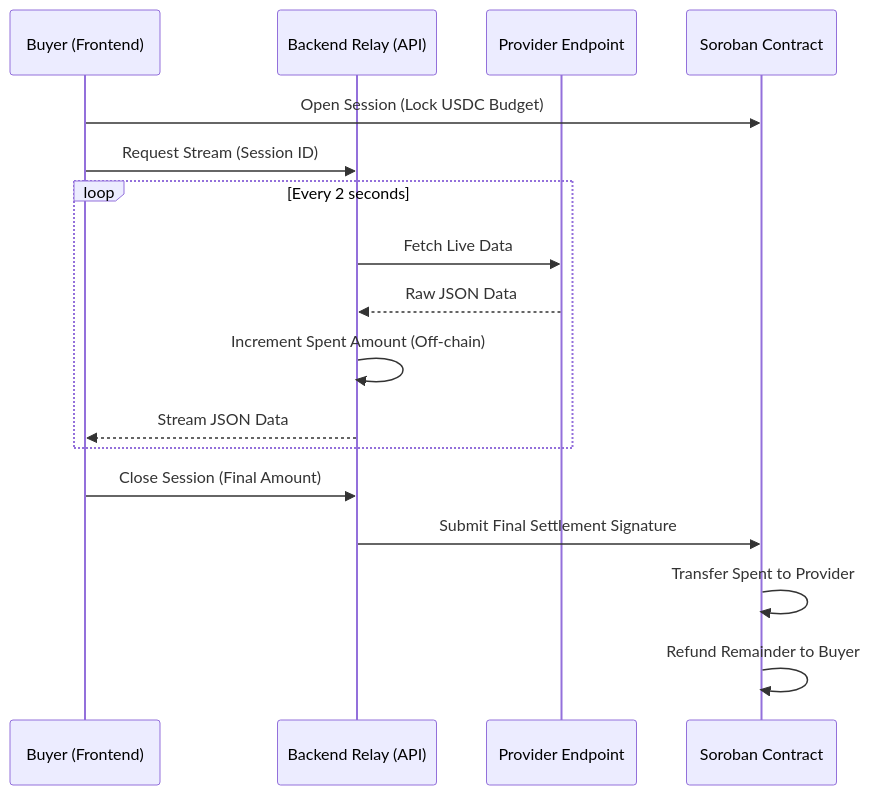
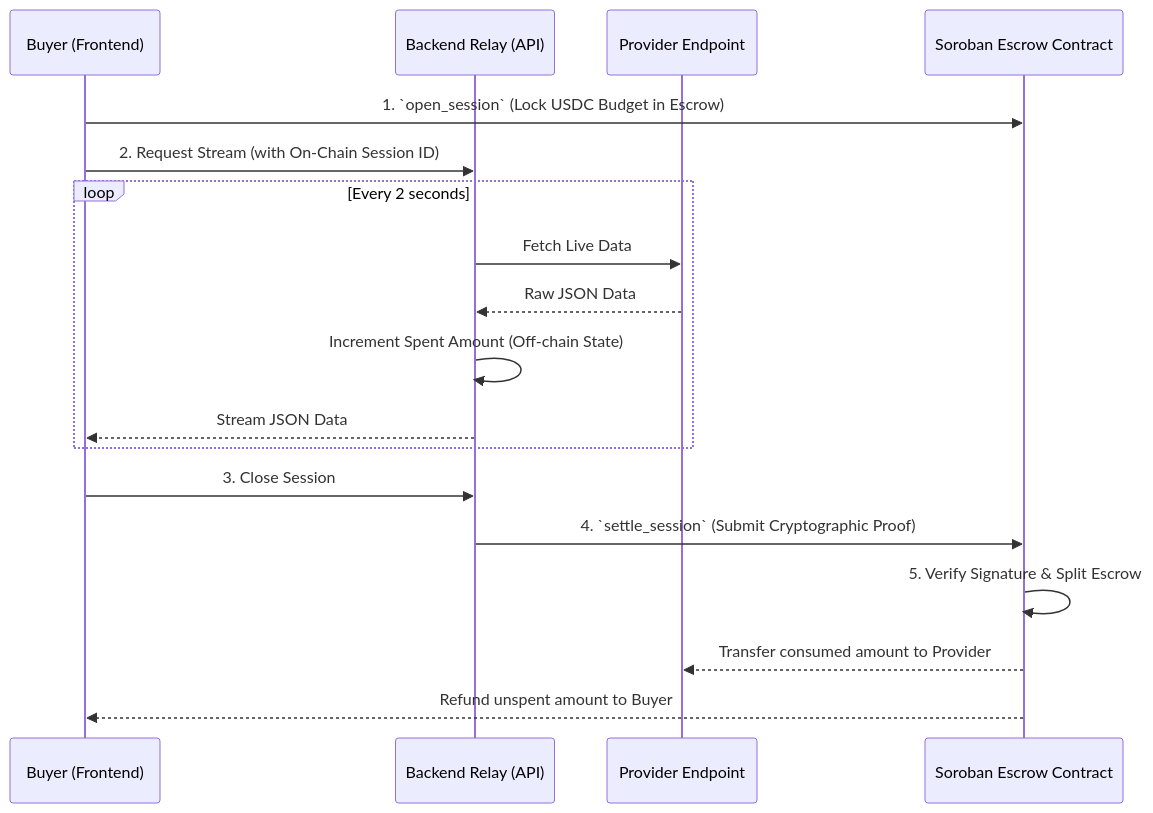
One commit to shivam-s-dev/PrivateStream changed the diagram in README.md. Above: the diagram before and after it, drawn with Mermaid. The commit also changed other lines of this file, not shown here.

````diff
--- a/README.md
+++ b/README.md
@@ -162,20 +187,21 @@
 ```mermaid
 sequenceDiagram
     participant B as Buyer (Frontend)
     participant A as Backend Relay (API)
     participant P as Provider Endpoint
-    participant S as Soroban Contract
+    participant S as Soroban Escrow Contract
 
-    B->>S: Open Session (Lock USDC Budget)
-    B->>A: Request Stream (Session ID)
+    B->>S: 1. `open_session` (Lock USDC Budget in Escrow)
+    B->>A: 2. Request Stream (with On-Chain Session ID)
     loop Every 2 seconds
         A->>P: Fetch Live Data
         P-->>A: Raw JSON Data
-        A->>A: Increment Spent Amount (Off-chain)
+        A->>A: Increment Spent Amount (Off-chain State)
         A-->>B: Stream JSON Data
     end
-    B->>A: Close Session (Final Amount)
-    A->>S: Submit Final Settlement Signature
-    S->>S: Transfer Spent to Provider
-    S->>S: Refund Remainder to Buyer
+    B->>A: 3. Close Session 
+    A->>S: 4. `settle_session` (Submit Cryptographic Proof)
+    S->>S: 5. Verify Signature & Split Escrow
+    S-->>P: Transfer consumed amount to Provider
+    S-->>B: Refund unspent amount to Buyer
 ```
````
